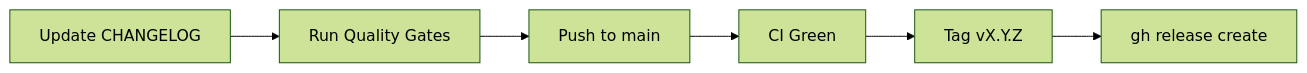
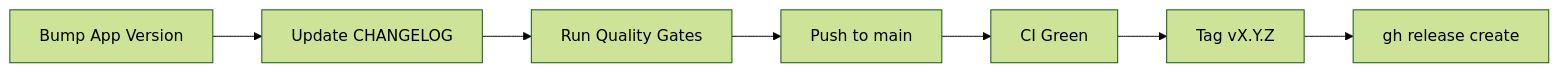
One commit to Aontaigh/laravel-api-skeleton changed the diagram in docs/releasing.md. Above: the diagram before and after it, drawn with Mermaid (forest theme). The commit also changed other lines of this file and 52 other files, not shown here.

````diff
--- a/docs/releasing.md
+++ b/docs/releasing.md
@@ -27,8 +28,9 @@
 ```mermaid
 flowchart LR
-    A[Update CHANGELOG] --> B[Run Quality Gates]
-    B --> C[Push to main]
-    C --> D[CI Green]
-    D --> E[Tag vX.Y.Z]
-    E --> F[gh release create]
+    A[Bump App Version] --> B[Update CHANGELOG]
+    B --> C[Run Quality Gates]
+    C --> D[Push to main]
+    D --> E[CI Green]
+    E --> F[Tag vX.Y.Z]
+    F --> G[gh release create]
 ```
````
